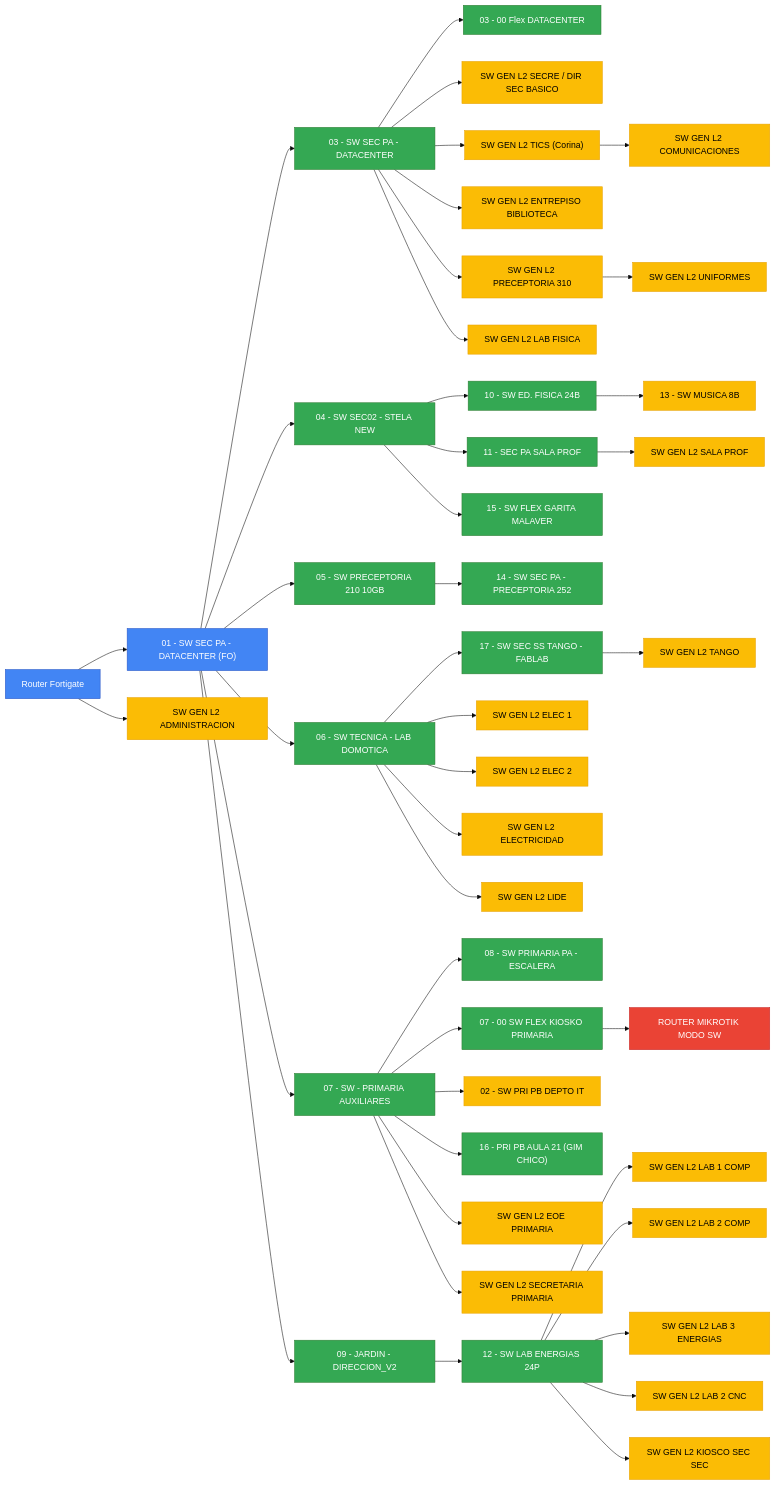
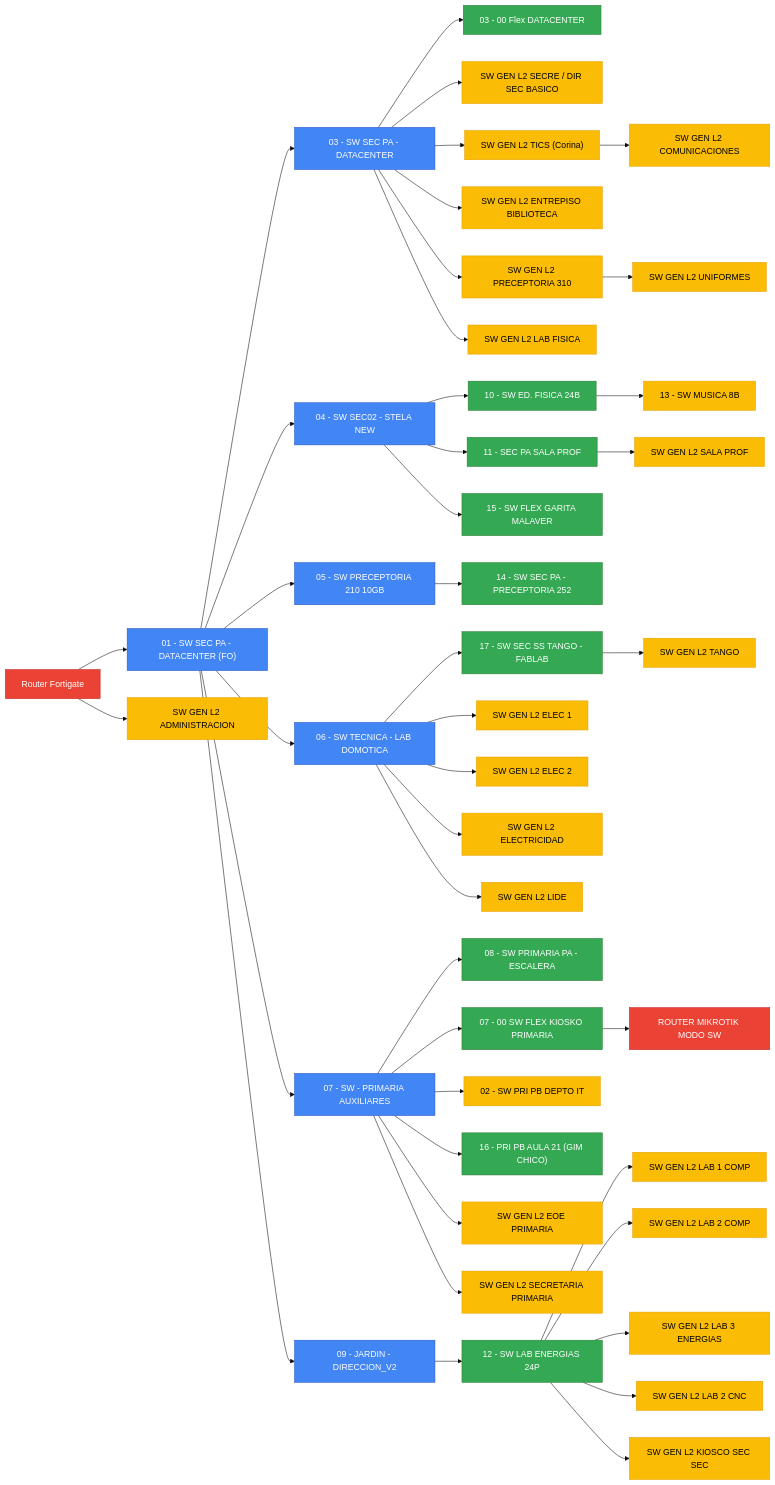
Before and after one commit to carlostcba/Topologia-LSF: the diagram in README.md, drawn with Mermaid (base theme).

````diff
--- a/README.md
+++ b/README.md
@@ -2,59 +2,59 @@
 ```mermaid
 flowchart LR
     classDef core fill:#4285F4,stroke:#2A56C6,color:white;
     classDef distribucion fill:#34A853,stroke:#2E7D32,color:white;
     classDef acceso fill:#FBBC05,stroke:#E8A203,color:black;
     classDef especial fill:#EA4335,stroke:#C62828,color:white;
 
     RF[Router Fortigate] --> C01["01 - SW SEC PA - DATACENTER (FO)"]
     RF --> S02["SW GEN L2 ADMINISTRACION"]
     C01 --> S03["03 - SW SEC PA - DATACENTER"]
-    S03 --> F03["03 - 00 Flex DATACENTER"]
+    S03 --> FLEX1["03 - 00 Flex DATACENTER"]
     S03 --> S031["SW GEN L2 SECRE / DIR SEC BASICO"]
     S03 --> S032["SW GEN L2 TICS (Corina)"]
     S032 --> S036["SW GEN L2 COMUNICACIONES"]
     S03 --> S033["SW GEN L2 ENTREPISO BIBLIOTECA"]
     S03 --> S034["SW GEN L2 PRECEPTORIA 310"]
     S034 --> S037["SW GEN L2 UNIFORMES"]
     S03 --> S035["SW GEN L2 LAB FISICA"]
 
     C01 --> S04["04 - SW SEC02 - STELA NEW"]
     S04 --> E10["10 - SW ED. FISICA 24B"]
     E10 --> M13["13 - SW MUSICA 8B"]
     S04 --> P11["11 - SEC PA SALA PROF"]
     P11 --> SPROF["SW GEN L2 SALA PROF"]
     S04 --> FLEX2["15 - SW FLEX GARITA MALAVER"]
 
     C01 --> S05["05 - SW PRECEPTORIA 210 10GB"]
     S05 --> P14["14 - SW SEC PA - PRECEPTORIA 252"]
 
     C01 --> S06["06 - SW TECNICA - LAB DOMOTICA"]
     S06 --> T17["17 - SW SEC SS TANGO - FABLAB"]
     T17 --> TANGO["SW GEN L2 TANGO"]
     S06 --> ELEC1["SW GEN L2 ELEC 1"]
     S06 --> ELEC2["SW GEN L2 ELEC 2"]
     S06 --> ELEC3["SW GEN L2 ELECTRICIDAD"]
     S06 --> LIDE["SW GEN L2 LIDE"]
 
     C01 --> S07["07 - SW - PRIMARIA AUXILIARES"]
     S07 --> P08["08 - SW PRIMARIA PA - ESCALERA"]
     S07 --> K07["07 - 00 SW FLEX KIOSKO PRIMARIA"]
     K07 --> RMIK["ROUTER MIKROTIK MODO SW"]
     S07 --> D02["02 - SW PRI PB DEPTO IT"]
     S07 --> G16["16 - PRI PB AULA 21 (GIM CHICO)"]
     S07 --> EOE["SW GEN L2 EOE PRIMARIA"]
     S07 --> SPRI["SW GEN L2 SECRETARIA PRIMARIA"]
 
     C01 --> S09["09 - JARDIN - DIRECCION_V2"]
     S09 --> L12["12 - SW LAB ENERGIAS 24P"]
     L12 --> LC1["SW GEN L2 LAB 1 COMP"]
     L12 --> LC2["SW GEN L2 LAB 2 COMP"]
     L12 --> LE3["SW GEN L2 LAB 3 ENERGIAS"]
     L12 --> CNC["SW GEN L2 LAB 2 CNC"]
     L12 --> KSEC["SW GEN L2 KIOSCO SEC SEC"]
 
-    class RF,C01 core;
-    class S03,S04,S05,S06,S07,S09,F03,FLEX1,FLEX2,P11,E10,P14,T17,P08,K07,G16,L12 distribucion;
+    class C01,S03,S04,S05,S06,S07,S09 core;
+    class FLEX1,FLEX2,P11,E10,P14,T17,P08,K07,G16,L12 distribucion;
     class S031,S032,S033,S034,S035,S036,S037,,M13,SPROF,TANGO,ELEC1,ELEC2,ELEC3,LIDE,D02,EOE,SPRI,LC1,LC2,LE3,CNC,KSEC,S02 acceso;
-    class RMIK especial;
+    class RF,RMIK especial;
 ```
````
